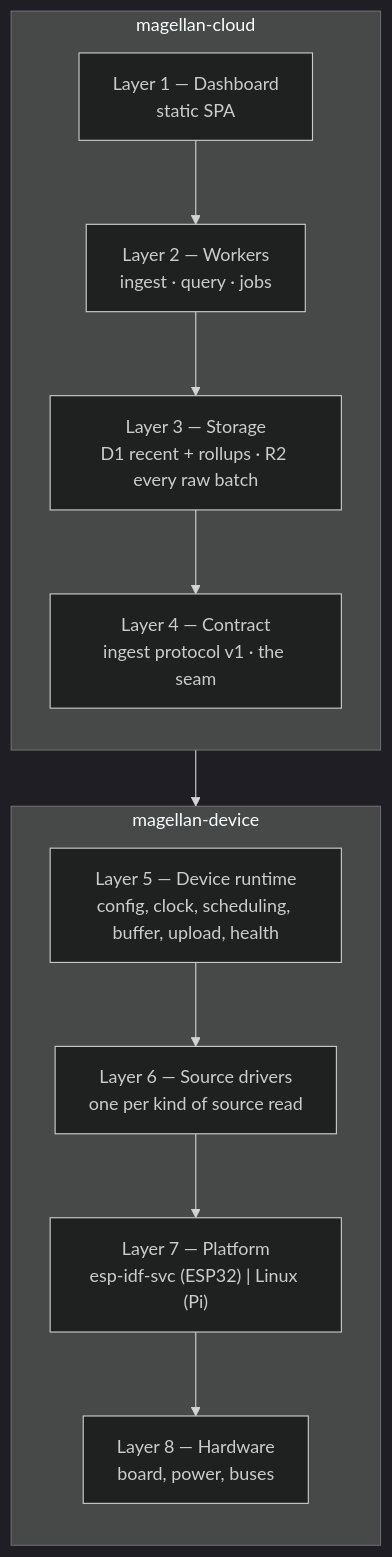
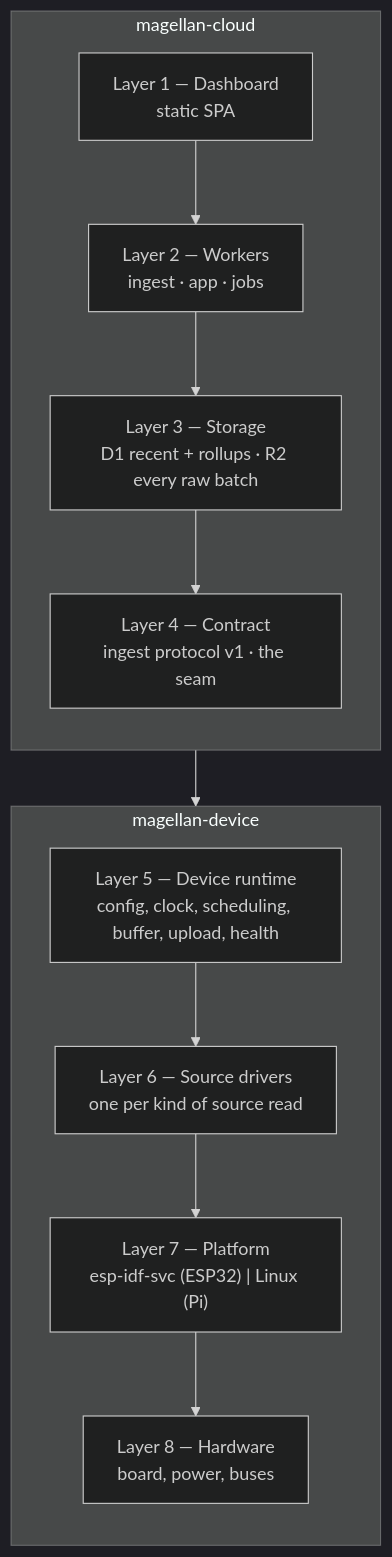
The first of 2 diagrams in docs/DESIGN.md (fabbrito/magellan-cloud), drawn with Mermaid (dark theme) before and after one commit. The commit also changed other lines of this file and 2 other files, not shown here.

First line of the commit message:
docs(docs): the app worker serves the SPA and its API

````diff
--- a/docs/DESIGN.md
+++ b/docs/DESIGN.md
@@ -62,22 +62,22 @@
 ```mermaid
 flowchart TB
     subgraph cloud["magellan-cloud"]
         direction TB
         L1["Layer 1 — Dashboard<br/>static SPA"]
-        L2["Layer 2 — Workers<br/>ingest · query · jobs"]
+        L2["Layer 2 — Workers<br/>ingest · app · jobs"]
         L3["Layer 3 — Storage<br/>D1 recent + rollups · R2 every raw batch"]
         L4["Layer 4 — Contract<br/>ingest protocol v1 · the seam"]
         L1 --> L2 --> L3 --> L4
     end
 
     subgraph device["magellan-device"]
         direction TB
         L5["Layer 5 — Device runtime<br/>config, clock, scheduling, buffer, upload, health"]
         L6["Layer 6 — Source drivers<br/>one per kind of source read"]
         L7["Layer 7 — Platform<br/>esp-idf-svc (ESP32) | Linux (Pi)"]
         L8["Layer 8 — Hardware<br/>board, power, buses"]
         L5 --> L6 --> L7 --> L8
     end
 
     L4 --> L5
 ```
````
